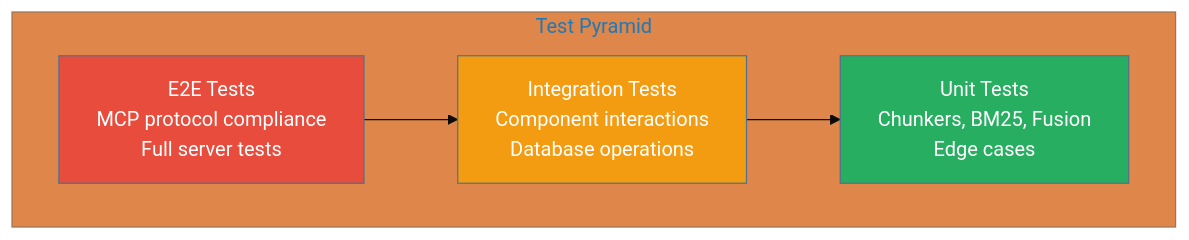
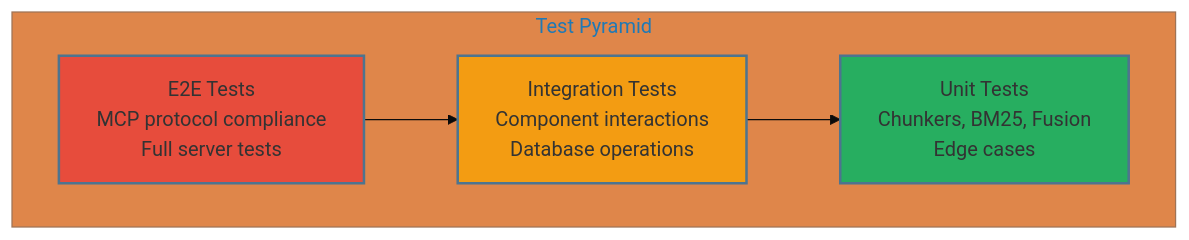
Before and after one commit to sampi02/amanmcp: diagram 26 of 27 in docs/reference/architecture/architecture.md, drawn with Mermaid. The commit also changed other lines of this file and 59 other files, not shown here.

````diff
--- a/docs/reference/architecture/architecture.md
+++ b/docs/reference/architecture/architecture.md
@@ -1096,15 +1706,15 @@
 ```mermaid
 %%{init: {'theme': 'base', 'themeVariables': { 'primaryColor': '#3498db'}}}%%
 flowchart TB
     subgraph Pyramid["Test Pyramid"]
         E2E["E2E Tests<br/>MCP protocol compliance<br/>Full server tests"]
         Integration["Integration Tests<br/>Component interactions<br/>Database operations"]
         Unit["Unit Tests<br/>Chunkers, BM25, Fusion<br/>Edge cases"]
     end
 
     E2E --> Integration --> Unit
 
-    style E2E fill:#e74c3c,color:#fff
-    style Integration fill:#f39c12,color:#fff
-    style Unit fill:#27ae60,color:#fff
+    style E2E fill:#e74c3c,stroke-width:2px
+    style Integration fill:#f39c12,stroke-width:2px
+    style Unit fill:#27ae60,stroke-width:2px
 ```
````
